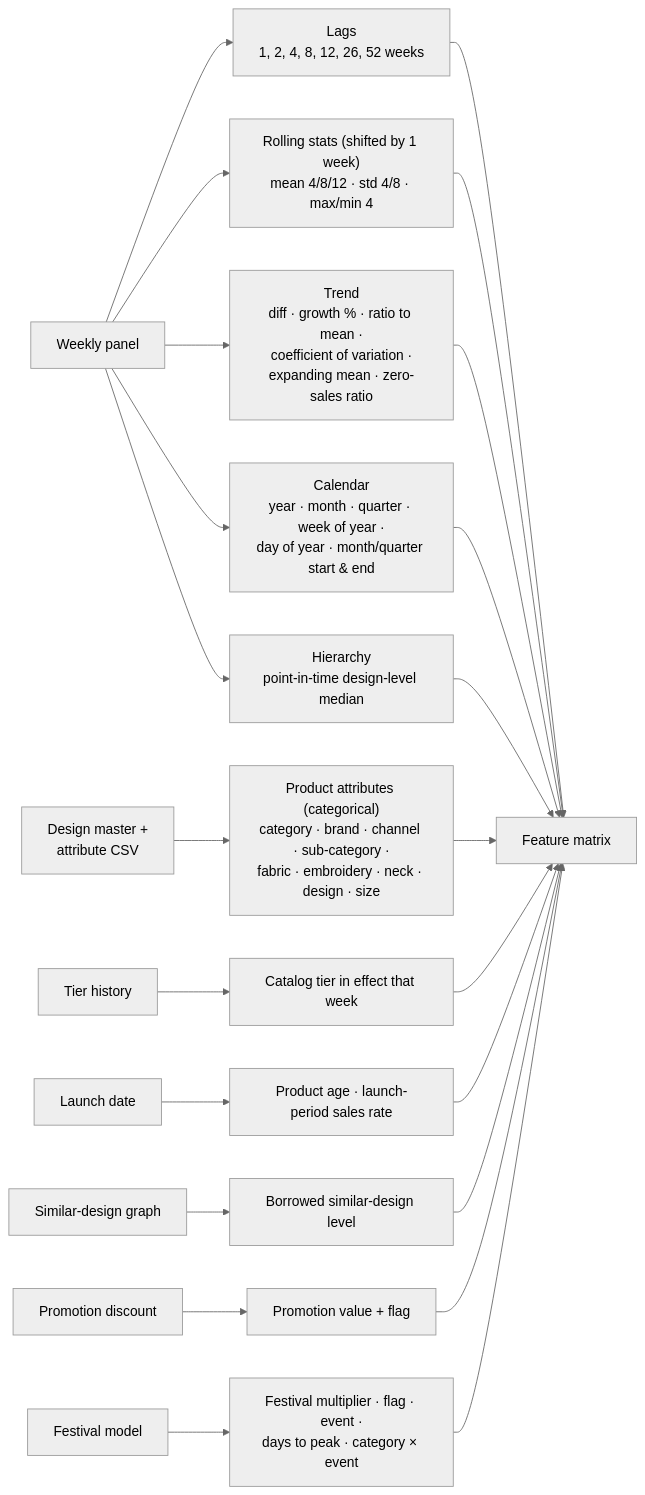
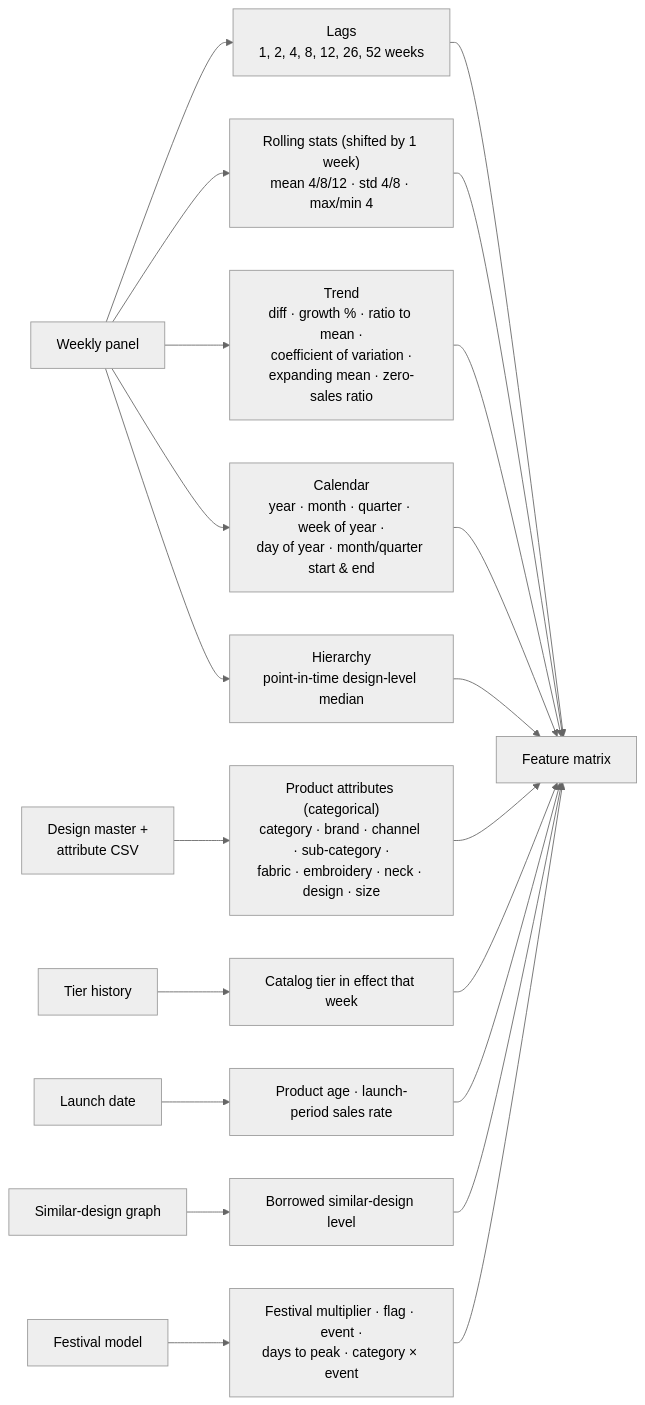
The tenth of 30 diagrams in README.md (orlindatabase-lang/Demand-Forecasting), drawn with Mermaid (neutral theme) before and after one commit. The commit also changed other lines of this file and 39 other files, not shown here.

````diff
--- a/README.md
+++ b/README.md
@@ -503,26 +535,24 @@
 ```mermaid
 flowchart LR
     P["Weekly panel"] --> L["Lags<br/>1, 2, 4, 8, 12, 26, 52 weeks"]
     P --> R["Rolling stats (shifted by 1 week)<br/>mean 4/8/12 · std 4/8 · max/min 4"]
     P --> T["Trend<br/>diff · growth % · ratio to mean ·<br/>coefficient of variation ·<br/>expanding mean · zero-sales ratio"]
     P --> CAL["Calendar<br/>year · month · quarter · week of year ·<br/>day of year · month/quarter start & end"]
     M["Design master +<br/>attribute CSV"] --> AT["Product attributes (categorical)<br/>category · brand · channel · sub-category ·<br/>fabric · embroidery · neck · design · size"]
     CT["Tier history"] --> TR["Catalog tier in effect that week"]
     LD["Launch date"] --> LC["Product age · launch-period sales rate"]
     P --> H["Hierarchy<br/>point-in-time design-level median"]
     SD["Similar-design graph"] --> H2["Borrowed similar-design level"]
-    PR["Promotion discount"] --> PF["Promotion value + flag"]
     FE["Festival model"] --> FF["Festival multiplier · flag · event ·<br/>days to peak · category × event"]
 
     L --> X["Feature matrix"]
     R --> X
     T --> X
     CAL --> X
     AT --> X
     TR --> X
     LC --> X
     H --> X
     H2 --> X
-    PF --> X
     FF --> X
 ```
````
